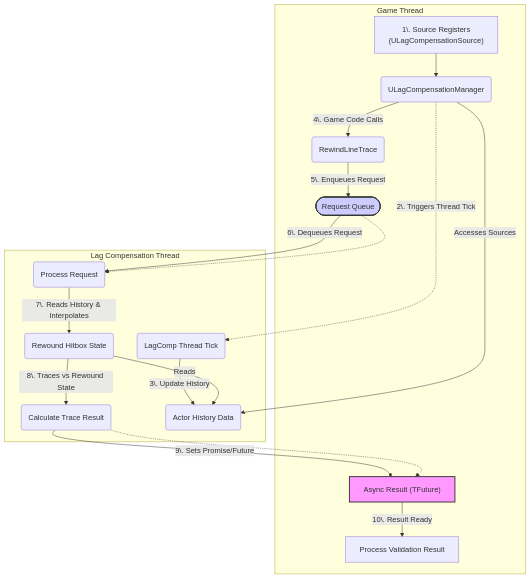
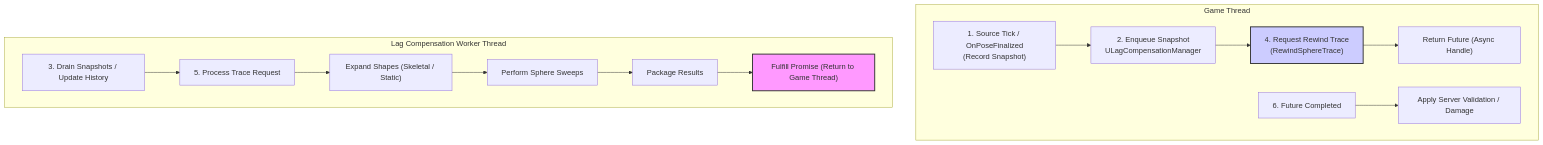
Before and after one commit to outliyr/outliyr-docs: the diagram in outliyr-framework/docs/core-modules/shooter-base/lag-compensation/how-it-works.md, drawn with Mermaid. The commit also changed other lines of this file and 9 other files, not shown here.

````diff
--- a/outliyr-framework/docs/core-modules/shooter-base/lag-compensation/how-it-works.md
+++ b/outliyr-framework/docs/core-modules/shooter-base/lag-compensation/how-it-works.md
@@ -9,27 +28,20 @@
 ```mermaid
 graph TD
     subgraph Game Thread
-        A["1\. Source Registers\n(ULagCompensationSource)"] --> B(ULagCompensationManager);
-        B -->|4\. Game Code Calls| C(RewindLineTrace);
-        C -->|5\. Enqueues Request| Q([Request Queue]);
-        F["Async Result (TFuture)"] -->|10\. Result Ready| G[Process Validation Result];
+        A["1. Source Tick / OnPoseFinalized\n(Record Snapshot)"] --> B["2. Enqueue Snapshot\nULagCompensationManager"];
+        B --> C["4. Request Rewind Trace\n(RewindSphereTrace)"];
+        C --> D["Return Future (Async Handle)"];
+        E["6. Future Completed"] --> F["Apply Server Validation / Damage"];
     end
 
-    subgraph Lag Compensation Thread
-         Q -->|6\. Dequeues Request| H(Process Request);
-         H -->|7\. Reads History & Interpolates| I(Rewound Hitbox State);
-         I -->|8\. Traces vs Rewound State| J(Calculate Trace Result);
-         J -->|9\. Sets Promise/Future| F;
-
-         K(LagComp Thread Tick) -->|3\. Update History| L(Actor History Data);
-         B -->|Accesses Sources| L;
-         I -->|Reads| L;
+    subgraph Lag Compensation Worker Thread
+        G["3. Drain Snapshots / Update History"] --> H["5. Process Trace Request"];
+        H --> I["Expand Shapes (Skeletal / Static)"];
+        I --> J["Perform Sphere Sweeps"];
+        J --> K["Package Results"];
+        K --> L["Fulfill Promise (Return to Game Thread)"];
     end
 
-     B -.->|2\. Triggers Thread Tick| K;
-     Q -.-> H;
-     J -.-> F;
-
-    style F fill:#f9f,stroke:#333,stroke-width:2px
-    style Q fill:#ccf,stroke:#333,stroke-width:2px
+    style L fill:#f9f,stroke:#333,stroke-width:2px
+    style C fill:#ccf,stroke:#333,stroke-width:2px
 ```
````
